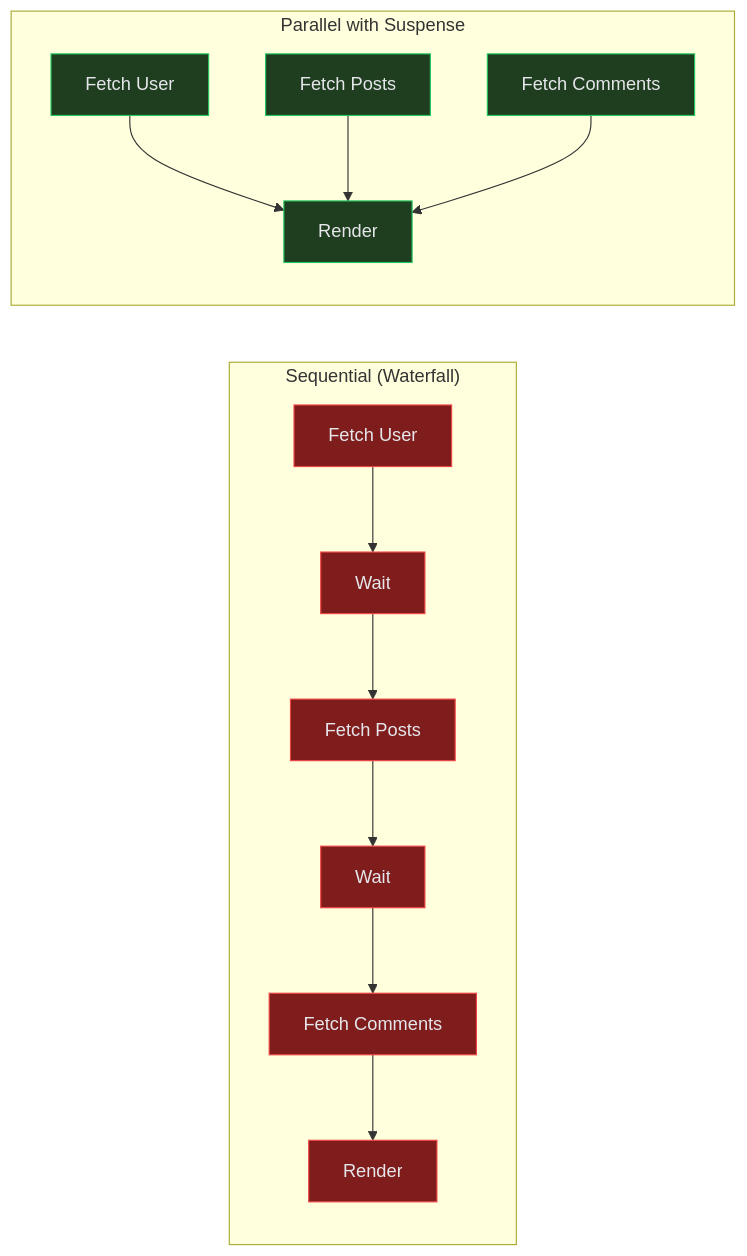
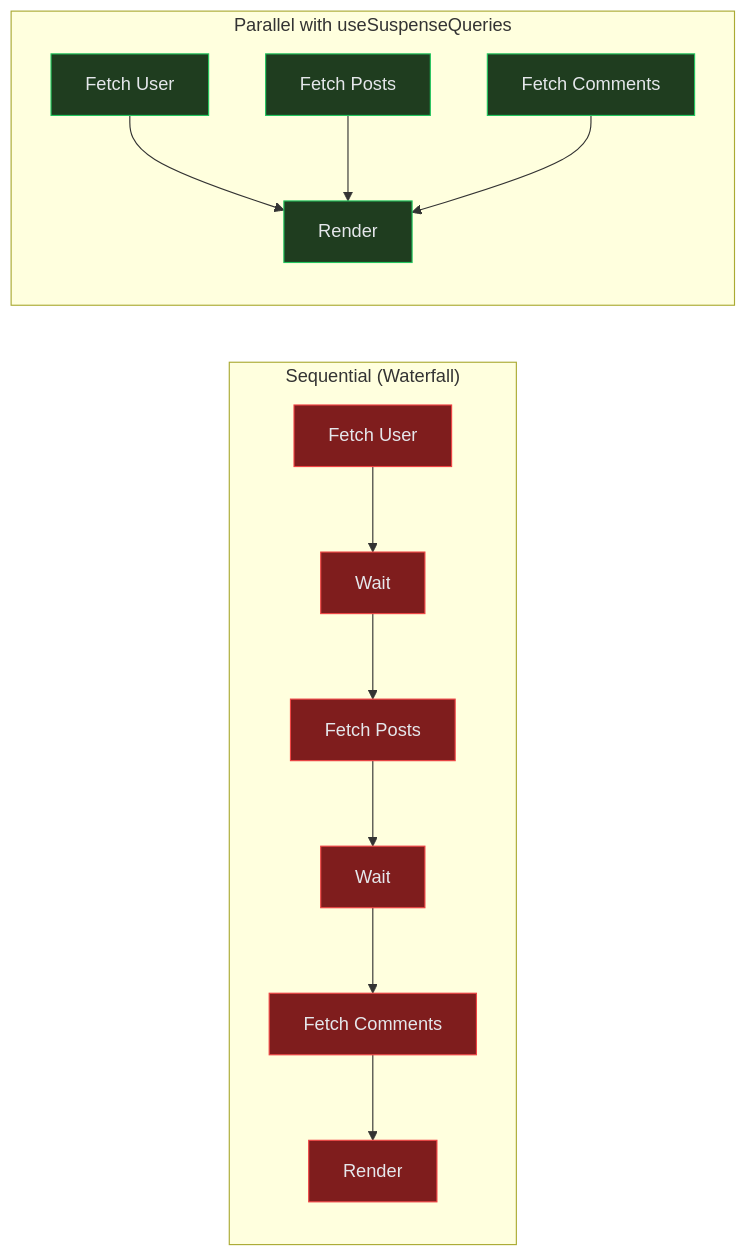
The third of 3 diagrams in posts/2026-01-24-react-suspense-data-fetching/README.md (OneUptime/blog), drawn with Mermaid before and after one commit. The commit also changed other lines of this file and 2 other files, not shown here.

Commit message:
validate: 2026-01-24-react-suspense-data-fetching

````diff
--- a/posts/2026-01-24-react-suspense-data-fetching/README.md
+++ b/posts/2026-01-24-react-suspense-data-fetching/README.md
@@ -303,22 +299,22 @@
 ```mermaid
 flowchart LR
     subgraph "Sequential (Waterfall)"
         A1[Fetch User] --> B1[Wait]
         B1 --> C1[Fetch Posts]
         C1 --> D1[Wait]
         D1 --> E1[Fetch Comments]
         E1 --> F1[Render]
     end
 
-    subgraph "Parallel with Suspense"
+    subgraph "Parallel with useSuspenseQueries"
         A2[Fetch User] --> F2[Render]
         B2[Fetch Posts] --> F2
         C2[Fetch Comments] --> F2
     end
 
     classDef sequential fill:#7F1D1D,stroke:#EF4444,color:#E5E7EB
     classDef parallel fill:#1F3D1F,stroke:#22C55E,color:#E5E7EB
 
     class A1,B1,C1,D1,E1,F1 sequential
     class A2,B2,C2,F2 parallel
 ```
````
